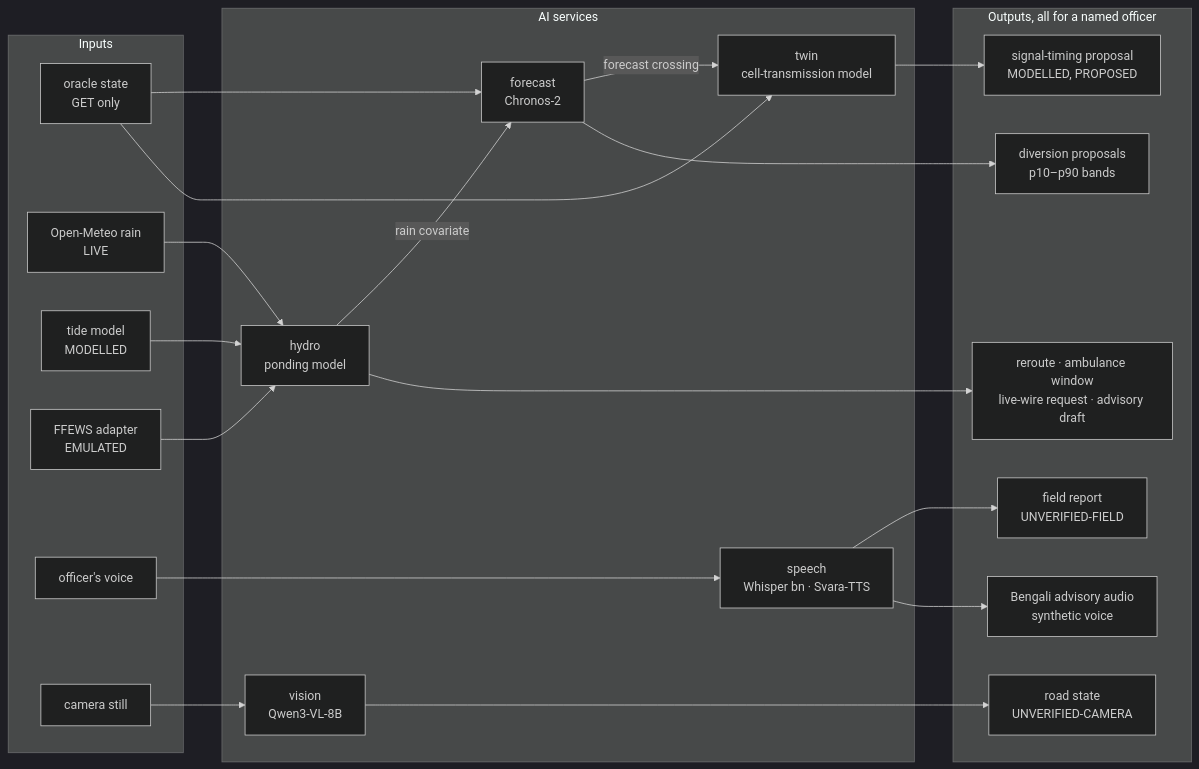
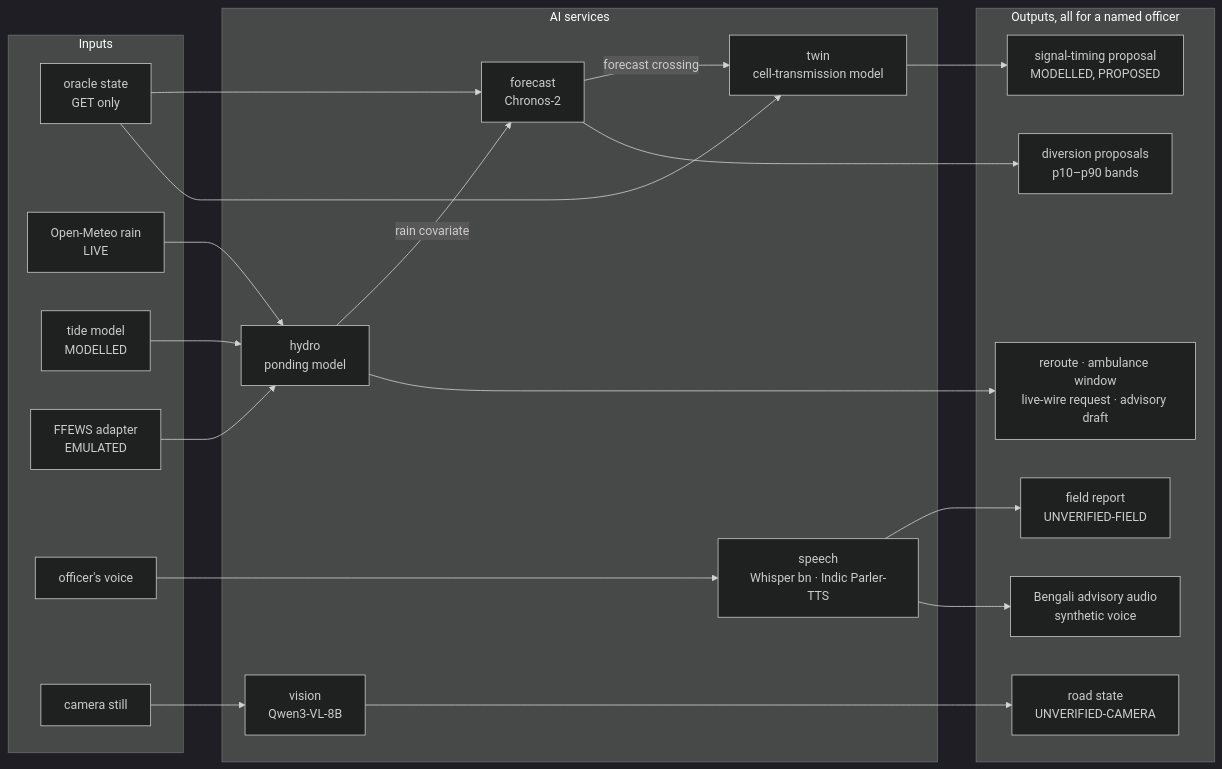
The fourth of 14 diagrams in docs/TECHNICAL_DESIGN.md (shubro18202758/sahoshi), drawn with Mermaid (dark theme) before and after one commit. The commit also changed other lines of this file and 22 other files, not shown here.

Commit message:
Sahoshi: AI4Bharat Indic Parler-TTS is the live Bengali voice (round-trip places 60/60), one loudness for every voice; IndicConformer measured and kept out; 6,030 Python tests

````diff
--- a/docs/TECHNICAL_DESIGN.md
+++ b/docs/TECHNICAL_DESIGN.md
@@ -485,41 +485,41 @@
 ```mermaid
 flowchart LR
     subgraph IN["Inputs"]
         oracle["oracle state<br/>GET only"]
         rain["Open-Meteo rain<br/>LIVE"]
         tide["tide model<br/>MODELLED"]
         pumps["FFEWS adapter<br/>EMULATED"]
         voice["officer's voice"]
         still["camera still"]
     end
     subgraph SVC["AI services"]
         fc["forecast<br/>Chronos-2"]
         hy["hydro<br/>ponding model"]
-        sp["speech<br/>Whisper bn · Svara-TTS"]
+        sp["speech<br/>Whisper bn · Indic Parler-TTS"]
         vi["vision<br/>Qwen3-VL-8B"]
         tw["twin<br/>cell-transmission model"]
     end
     subgraph OUT["Outputs, all for a named officer"]
         p1["diversion proposals<br/>p10–p90 bands"]
         p2["reroute · ambulance window<br/>live-wire request · advisory draft"]
         p3["field report<br/>UNVERIFIED-FIELD"]
         p4["road state<br/>UNVERIFIED-CAMERA"]
         p5["signal-timing proposal<br/>MODELLED, PROPOSED"]
         audio["Bengali advisory audio<br/>synthetic voice"]
     end
     oracle --> fc
     rain --> hy
     tide --> hy
     pumps --> hy
     hy -->|"rain covariate"| fc
     oracle --> tw
     fc -->|"forecast crossing"| tw
     voice --> sp
     still --> vi
     fc --> p1
     hy --> p2
     sp --> p3
     sp --> audio
     vi --> p4
     tw --> p5
 ```
````
